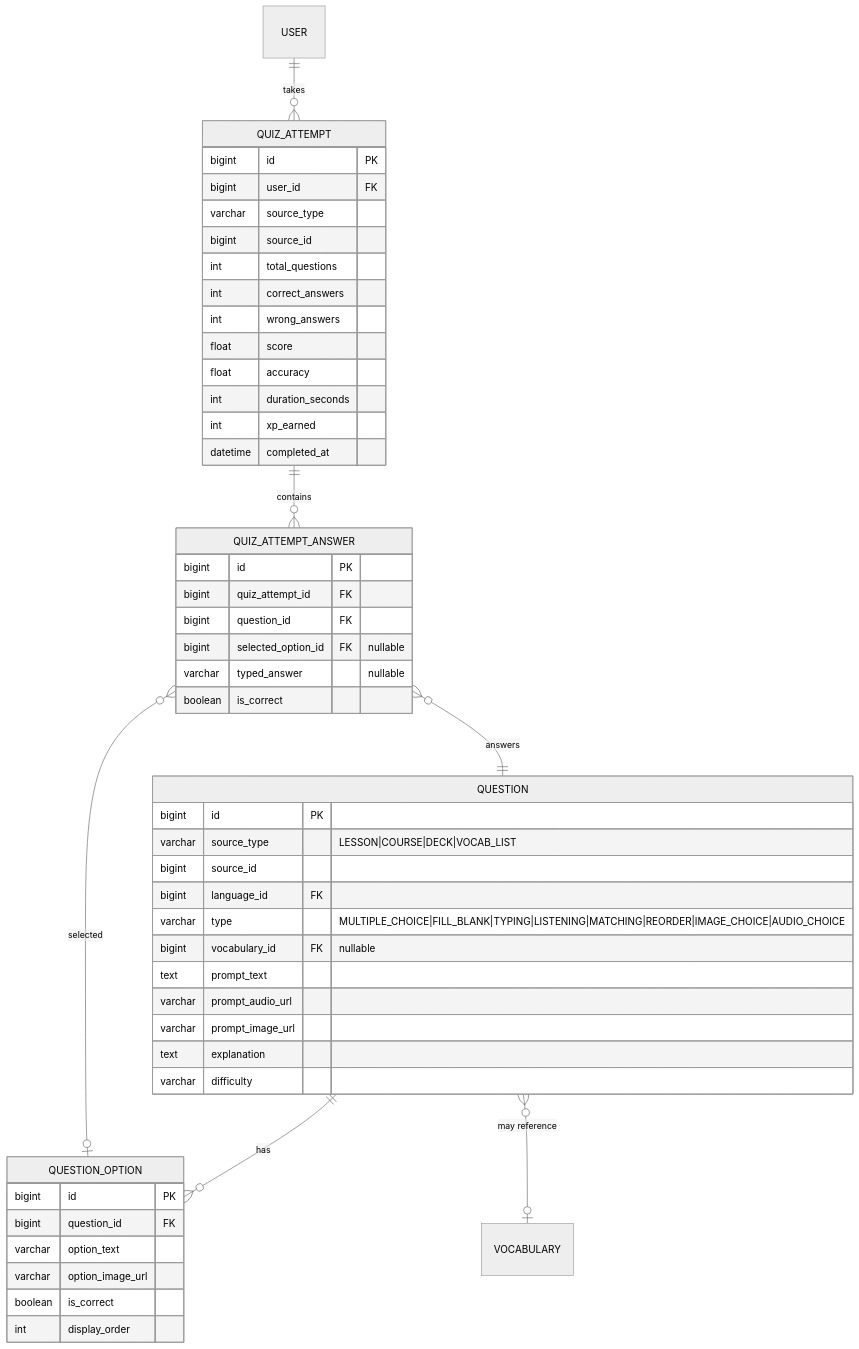
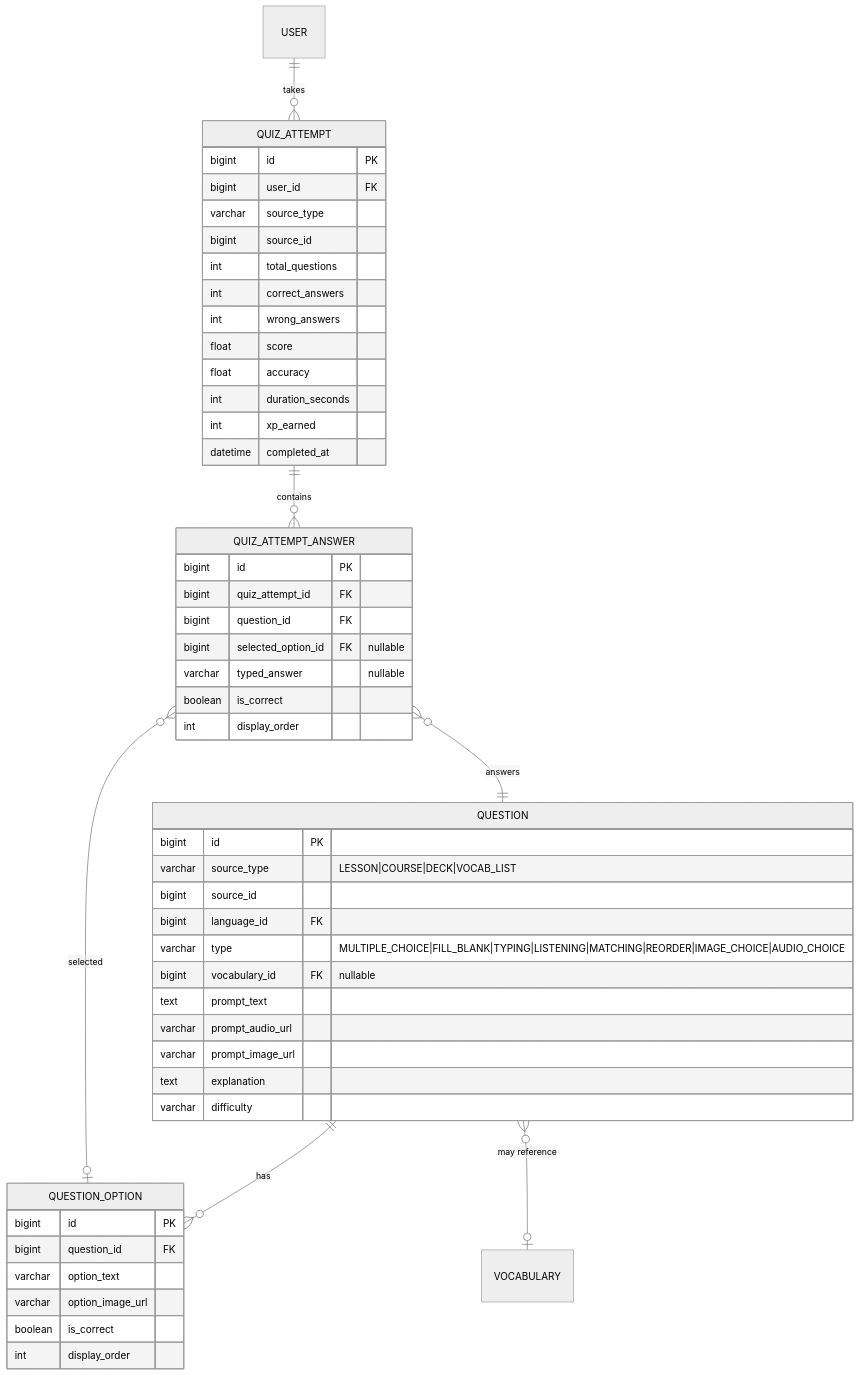
The fourth of 6 diagrams in docs/PROJECT_OVERVIEW.md (trantiendat12345/language-learning-docs), drawn with Mermaid (neutral theme) before and after one commit. The commit also changed other lines of this file and 9 other files, not shown here.

````diff
--- a/docs/PROJECT_OVERVIEW.md
+++ b/docs/PROJECT_OVERVIEW.md
@@ -303,53 +303,54 @@
 ```mermaid
 erDiagram
     QUESTION ||--o{ QUESTION_OPTION : has
     QUESTION }o--o| VOCABULARY : "may reference"
     USER ||--o{ QUIZ_ATTEMPT : takes
     QUIZ_ATTEMPT ||--o{ QUIZ_ATTEMPT_ANSWER : contains
     QUIZ_ATTEMPT_ANSWER }o--|| QUESTION : answers
     QUIZ_ATTEMPT_ANSWER }o--o| QUESTION_OPTION : selected
 
     QUESTION {
         bigint id PK
         varchar source_type "LESSON|COURSE|DECK|VOCAB_LIST"
         bigint source_id
         bigint language_id FK
         varchar type "MULTIPLE_CHOICE|FILL_BLANK|TYPING|LISTENING|MATCHING|REORDER|IMAGE_CHOICE|AUDIO_CHOICE"
         bigint vocabulary_id FK "nullable"
         text prompt_text
         varchar prompt_audio_url
         varchar prompt_image_url
         text explanation
         varchar difficulty
     }
     QUESTION_OPTION {
         bigint id PK
         bigint question_id FK
         varchar option_text
         varchar option_image_url
         boolean is_correct
         int display_order
     }
     QUIZ_ATTEMPT {
         bigint id PK
         bigint user_id FK
         varchar source_type
         bigint source_id
         int total_questions
         int correct_answers
         int wrong_answers
         float score
         float accuracy
         int duration_seconds
         int xp_earned
         datetime completed_at
     }
     QUIZ_ATTEMPT_ANSWER {
         bigint id PK
         bigint quiz_attempt_id FK
         bigint question_id FK
         bigint selected_option_id FK "nullable"
         varchar typed_answer "nullable"
         boolean is_correct
+        int display_order
     }
 ```
````
